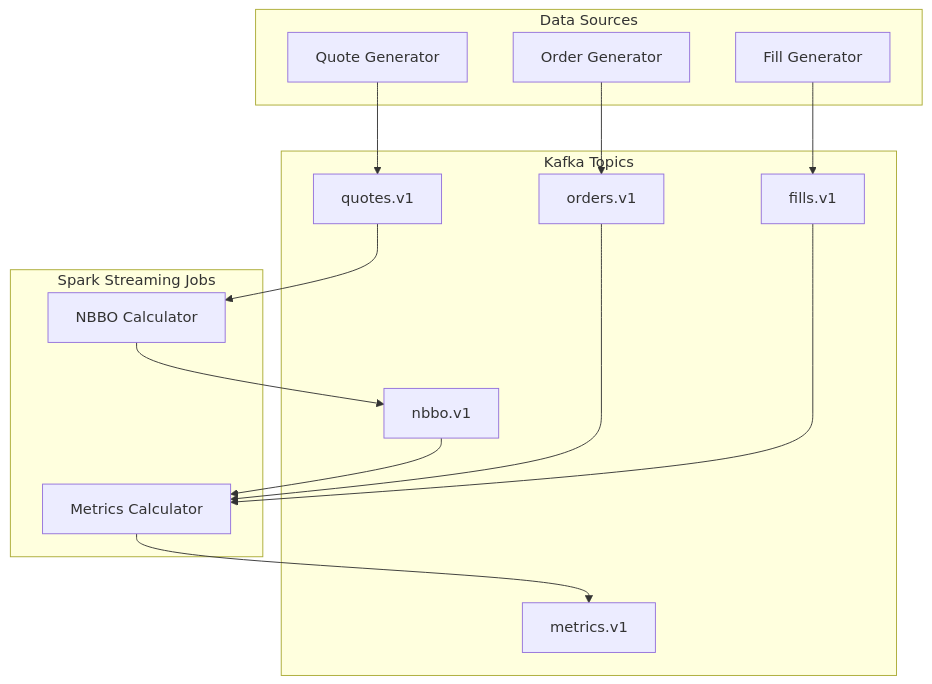
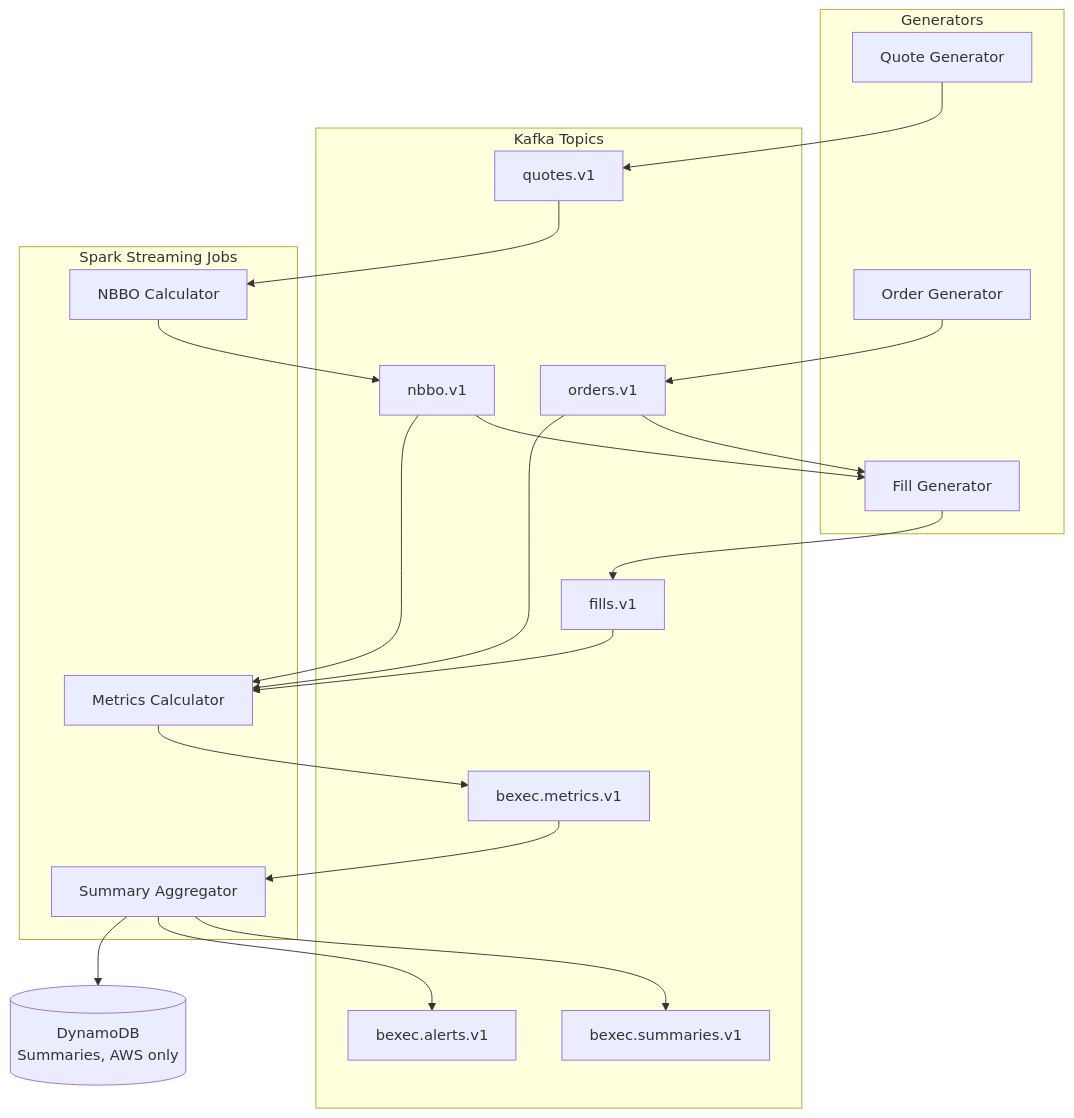
One commit to lukelittle/homepage changed the third of 3 diagrams in content/posts/2026/02/finra-5310-best-execution-monitor/index.md. Above: the diagram before and after it, drawn with Mermaid. The commit also changed other lines of this file and 1 other file, not shown here.

````diff
--- a/content/posts/2026/02/finra-5310-best-execution-monitor/index.md
+++ b/content/posts/2026/02/finra-5310-best-execution-monitor/index.md
@@ -241,33 +236,45 @@
 ```mermaid
 graph TB
-    subgraph "Data Sources"
+    subgraph "Generators"
         QG[Quote Generator]
         OG[Order Generator]
         FG[Fill Generator]
     end
-    
+
     subgraph "Kafka Topics"
         QT[quotes.v1]
         OT[orders.v1]
         FT[fills.v1]
         NT[nbbo.v1]
-        MT[metrics.v1]
+        MT[bexec.metrics.v1]
+        ST[bexec.summaries.v1]
+        AT[bexec.alerts.v1]
     end
-    
+
     subgraph "Spark Streaming Jobs"
         NJ[NBBO Calculator]
         MJ[Metrics Calculator]
+        SJ[Summary Aggregator]
     end
-    
+
+    DDB[(DynamoDB<br/>Summaries, AWS only)]
+
     QG --> QT
     OG --> OT
+    OT --> FG
+    NT --> FG
     FG --> FT
-    
+
     QT --> NJ
     NJ --> NT
-    
+
     NT --> MJ
     OT --> MJ
     FT --> MJ
     MJ --> MT
+
+    MT --> SJ
+    SJ --> ST
+    SJ --> AT
+    SJ --> DDB
 ```
````
